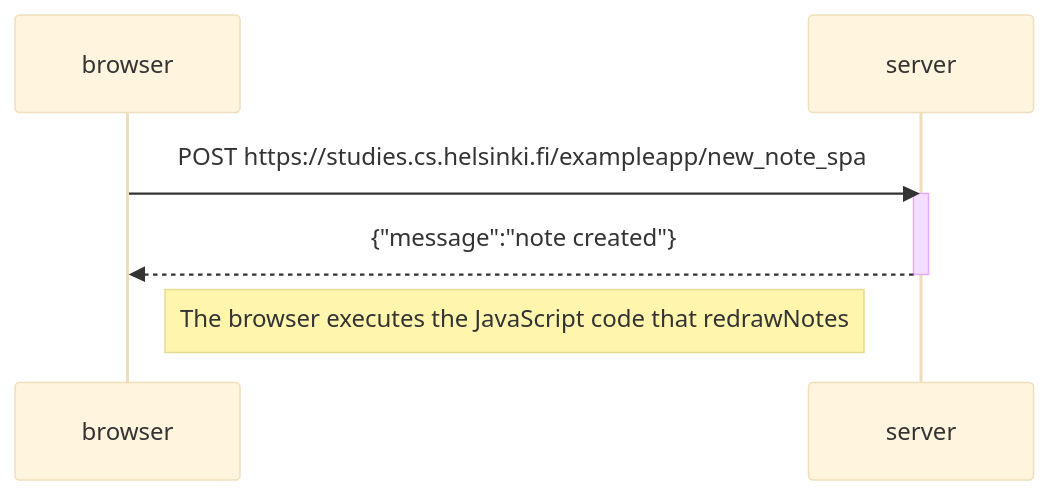
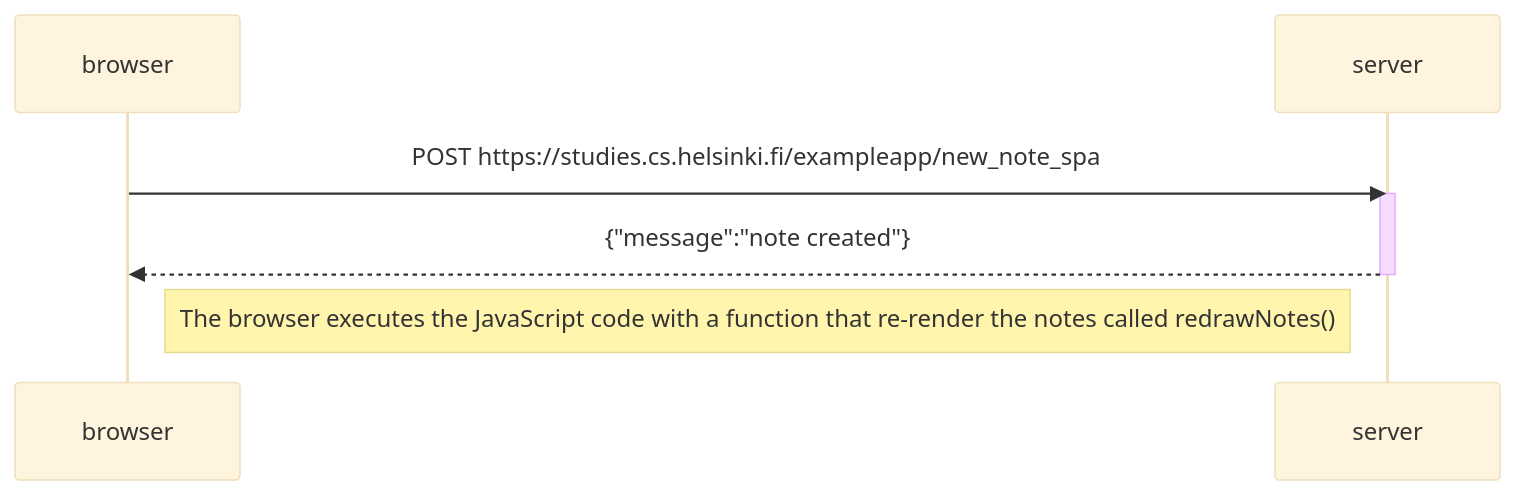
The diagram in part0/0.6_new_note_in_single_page_app_diagram.mermaid (kevintannn/fs-open-submission), drawn with Mermaid (base theme) before and after one commit.

```diff
--- a/part0/0.6_new_note_in_single_page_app_diagram.mermaid
+++ b/part0/0.6_new_note_in_single_page_app_diagram.mermaid
@@ -1,10 +1,10 @@
 sequenceDiagram
     participant browser
     participant server
 
     browser->>server: POST https://studies.cs.helsinki.fi/exampleapp/new_note_spa
     activate server
     server-->>browser: {"message":"note created"}
     deactivate server
 
-    Note right of browser: The browser executes the JavaScript code that redrawNotes
+    Note right of browser: The browser executes the JavaScript code with a function that re-render the notes called redrawNotes()
```
